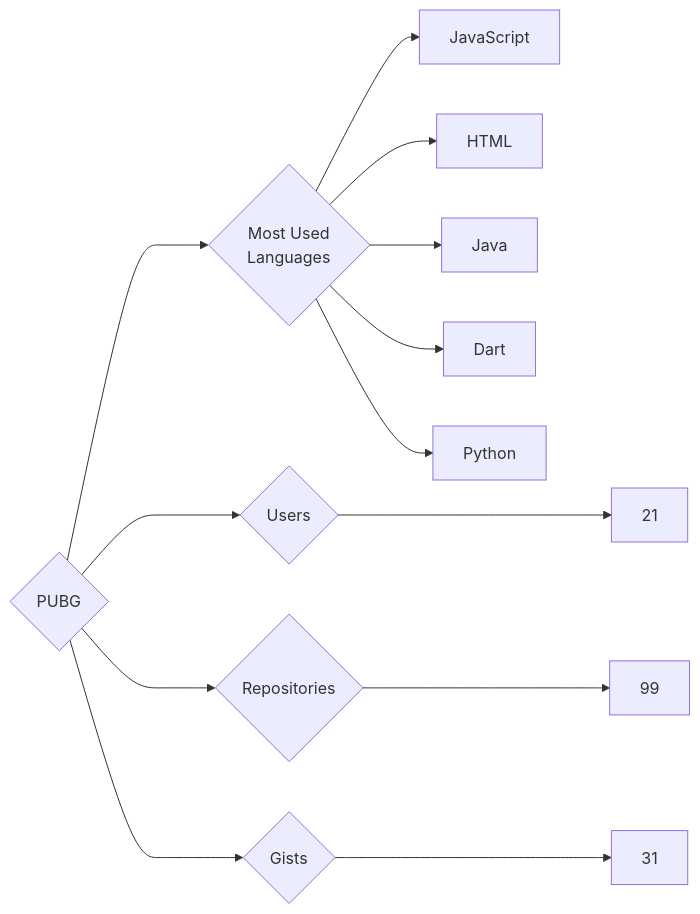
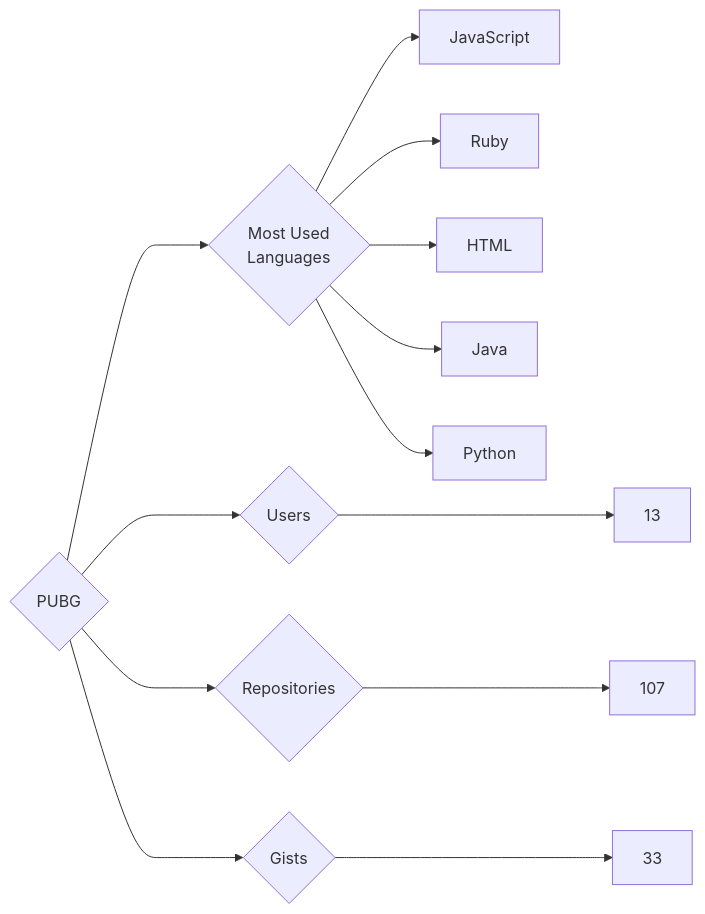
The diagram in targets/PUBG/README.md (trickest/insiders), drawn with Mermaid before and after one commit. The commit also changed 939 other files, not shown here.

````diff
--- a/targets/PUBG/README.md
+++ b/targets/PUBG/README.md
@@ -3,13 +3,13 @@
 ```mermaid
 graph LR
 COMPANY_NAME{PUBG}
-COMPANY_NAME ---> U{Users} ---> UN[21]
-COMPANY_NAME ---> R{Repositories} ---> RN[99]
-COMPANY_NAME ---> G{Gists} ---> GN[31]
+COMPANY_NAME ---> U{Users} ---> UN[13]
+COMPANY_NAME ---> R{Repositories} ---> RN[107]
+COMPANY_NAME ---> G{Gists} ---> GN[33]
 COMPANY_NAME ---> ML{Most Used<br>Languages}
 ML --> JavaScript[JavaScript]
+ML --> Ruby[Ruby]
 ML --> HTML[HTML]
 ML --> Java[Java]
-ML --> Dart[Dart]
 ML --> Python[Python]
 ```
````
